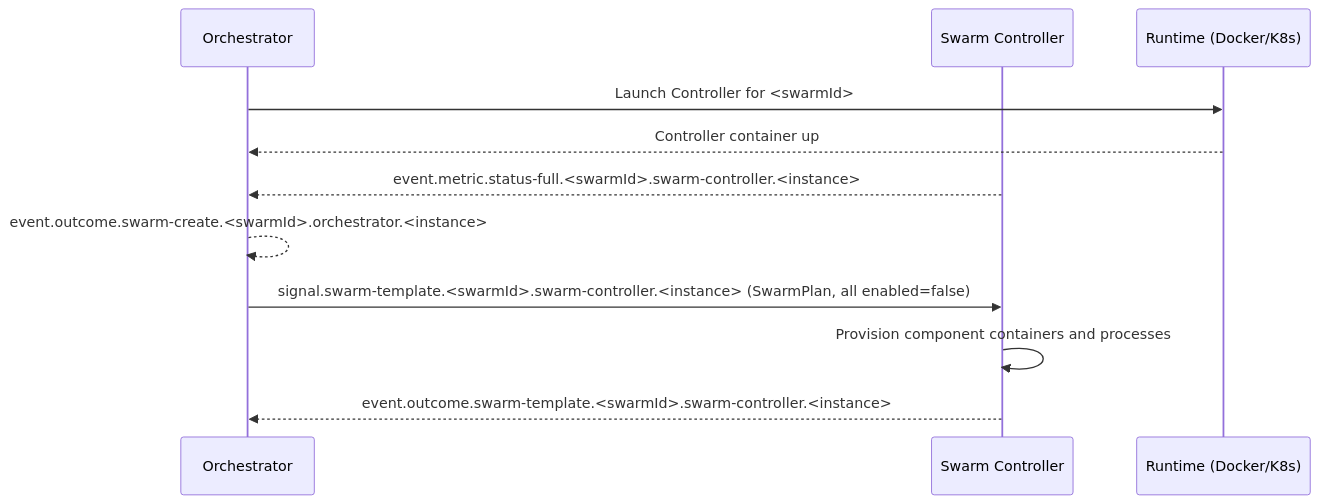
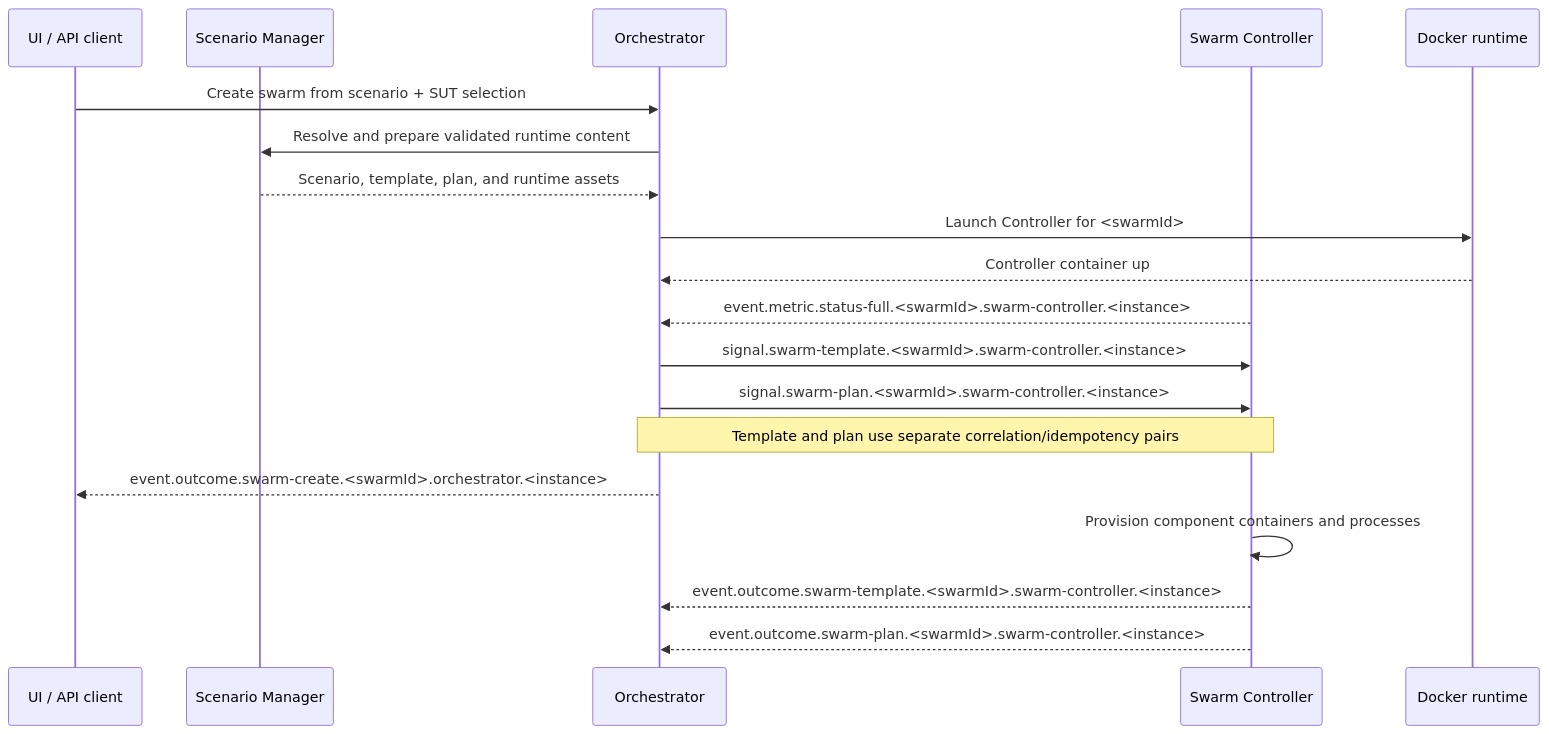
One commit to sepa79/PocketHive changed the second of 7 diagrams in docs/ARCHITECTURE.md. Above: the diagram before and after it, drawn with Mermaid. The commit also changed other lines of this file and 38 other files, not shown here.

````diff
--- a/docs/ARCHITECTURE.md
+++ b/docs/ARCHITECTURE.md
@@ -570,15 +804,22 @@
 ```mermaid
 sequenceDiagram
+  participant CL as UI / API client
+  participant SM as Scenario Manager
   participant QN as Orchestrator
   participant MSH as Swarm Controller
-  participant RT as Runtime (Docker/K8s)
+  participant RT as Docker runtime
 
+  CL->>QN: Create swarm from scenario + SUT selection
+  QN->>SM: Resolve and prepare validated runtime content
+  SM-->>QN: Scenario, template, plan, and runtime assets
   QN->>RT: Launch Controller for <swarmId>
   RT-->>QN: Controller container up
   MSH-->>QN: event.metric.status-full.<swarmId>.swarm-controller.<instance>
-  QN-->>QN: event.outcome.swarm-create.<swarmId>.orchestrator.<instance>
-
-  QN->>MSH: signal.swarm-template.<swarmId>.swarm-controller.<instance> (SwarmPlan, all enabled=false)
+  QN->>MSH: signal.swarm-template.<swarmId>.swarm-controller.<instance>
+  QN->>MSH: signal.swarm-plan.<swarmId>.swarm-controller.<instance>
+  Note over QN,MSH: Template and plan use separate correlation/idempotency pairs
+  QN-->>CL: event.outcome.swarm-create.<swarmId>.orchestrator.<instance>
   MSH->>MSH: Provision component containers and processes
   MSH-->>QN: event.outcome.swarm-template.<swarmId>.swarm-controller.<instance>
+  MSH-->>QN: event.outcome.swarm-plan.<swarmId>.swarm-controller.<instance>
 ```
````
